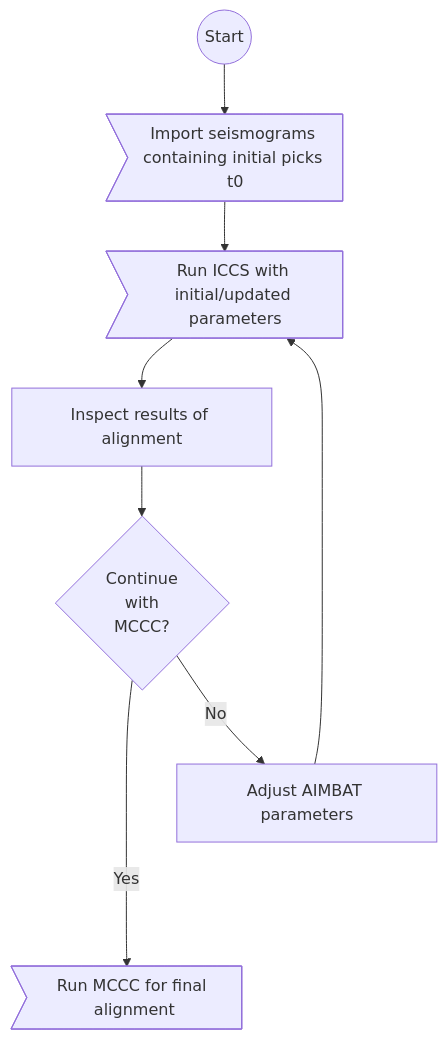
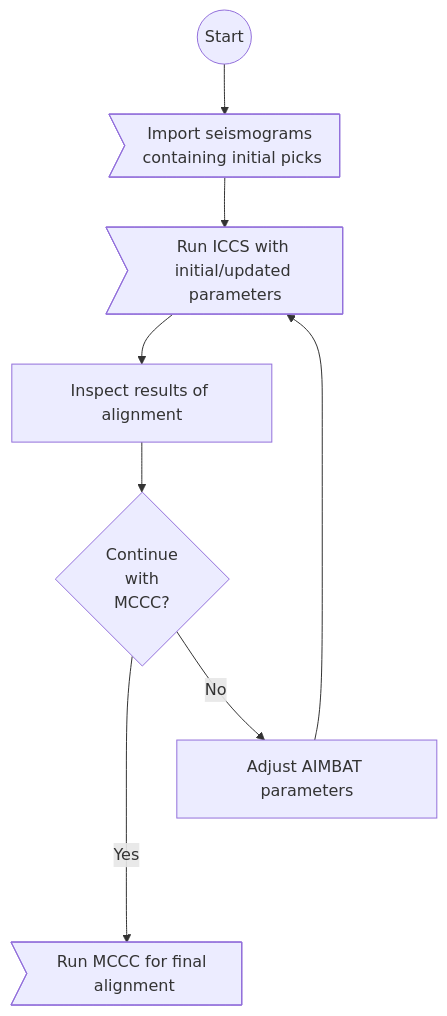
Before and after one commit to pysmo/aimbat: the second of 2 diagrams in docs/first-steps/workflow.md, drawn with Mermaid. The commit also changed 142 other files, not shown here.

````diff
--- a/docs/first-steps/workflow.md
+++ b/docs/first-steps/workflow.md
@@ -28,14 +28,14 @@
 ```mermaid
 flowchart TD
   A@{ shape: circle, label: "Start"}
-  A --> B>Import seismograms containing initial picks t0];
+  A --> B>Import seismograms containing initial picks];
   B --> F
   E[Adjust AIMBAT parameters];
   E --> F>Run ICCS with initial/updated parameters]
   F --> G[Inspect results of alignment];
   G --> H{"Continue
           with
           MCCC?"}
   H ---->|Yes| M>"Run MCCC for final alignment"];
   H -->|No| E;
 ```
````
